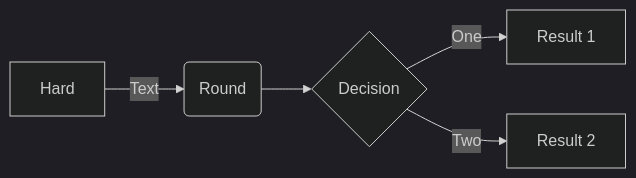
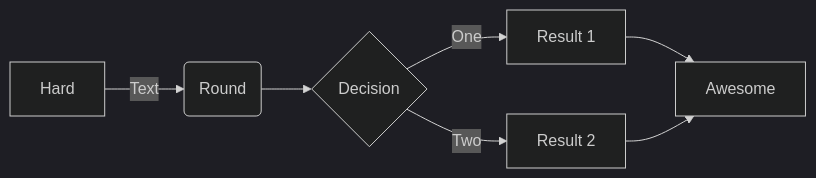
Before and after one commit to carteras/IT-CBR: the second of 3 diagrams in cookbook/markdown/draw_boxes_and_arrows/mermaid.md, drawn with Mermaid (dark theme).

````diff
--- a/cookbook/markdown/draw_boxes_and_arrows/mermaid.md
+++ b/cookbook/markdown/draw_boxes_and_arrows/mermaid.md
@@ -11,7 +11,9 @@
 ```mermaid
     flowchart LR;
         A[Hard] -->|Text| B(Round);
         B --> C{Decision};
         C -->|One| D[Result 1];
         C -->|Two| E[Result 2];
+        D --> F[Awesome];
+        E --> F[Awesome];
 ```
````
